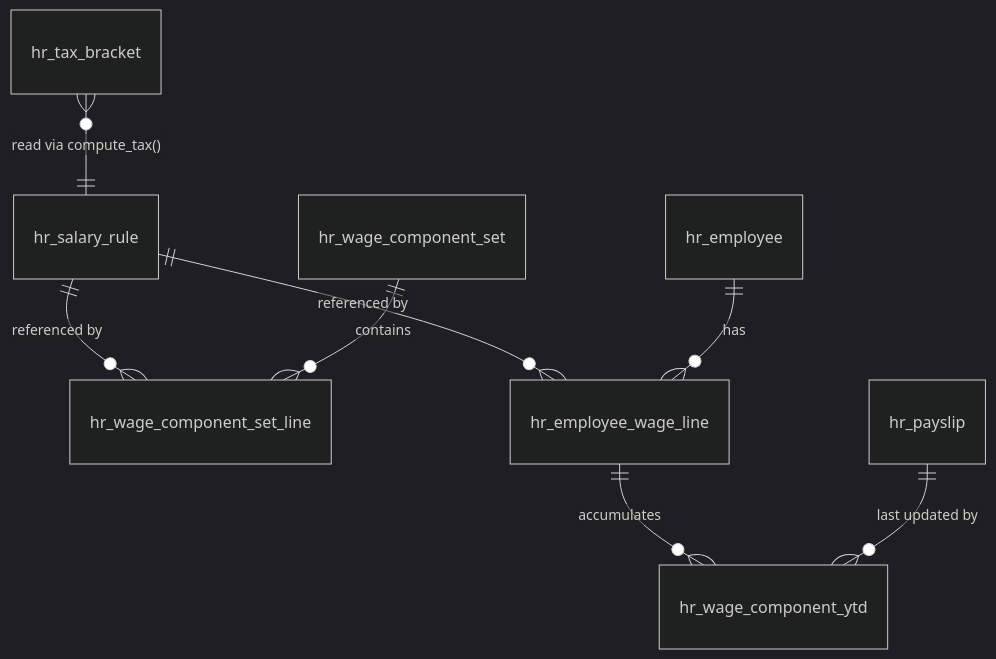
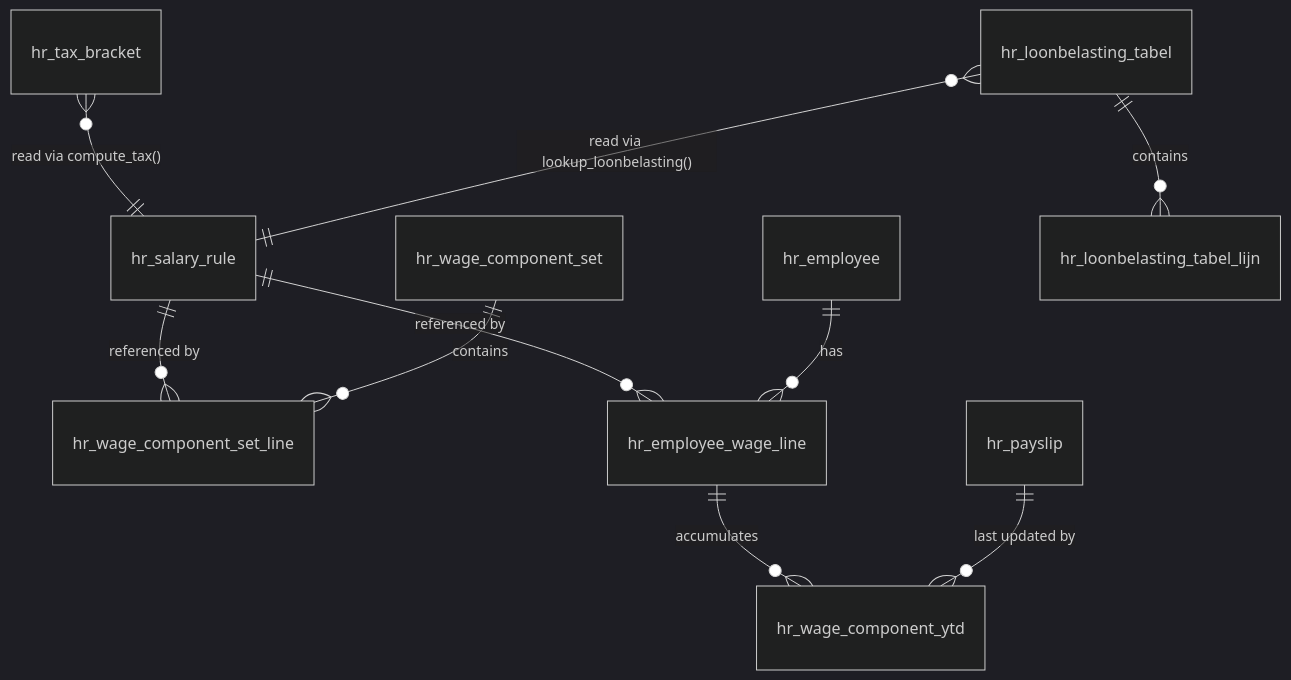
One commit to JohnRicardo1969/l10n_cw_hr_payrol changed the second of 3 diagrams in _bmad-output/planning-artifacts/architecture/architecture-l10n_cw_hr_payrol-2026-06-25/ARCHITECTURE-SPINE.md. Above: the diagram before and after it, drawn with Mermaid (dark theme). The commit also changed other lines of this file and 1 other file, not shown here.

First line of the commit message:
arch: add AD-20 loonbelasting table model and fix bijzondere beloningen bands

````diff
--- a/_bmad-output/planning-artifacts/architecture/architecture-l10n_cw_hr_payrol-2026-06-25/ARCHITECTURE-SPINE.md
+++ b/_bmad-output/planning-artifacts/architecture/architecture-l10n_cw_hr_payrol-2026-06-25/ARCHITECTURE-SPINE.md
@@ -293,10 +350,12 @@
 ```mermaid
 erDiagram
     hr_salary_rule ||--o{ hr_wage_component_set_line : "referenced by"
     hr_salary_rule ||--o{ hr_employee_wage_line : "referenced by"
     hr_wage_component_set ||--o{ hr_wage_component_set_line : contains
     hr_employee ||--o{ hr_employee_wage_line : has
     hr_employee_wage_line ||--o{ hr_wage_component_ytd : accumulates
     hr_payslip ||--o{ hr_wage_component_ytd : "last updated by"
     hr_tax_bracket }o--|| hr_salary_rule : "read via compute_tax()"
+    hr_loonbelasting_tabel ||--o{ hr_loonbelasting_tabel_lijn : contains
+    hr_loonbelasting_tabel }o--|| hr_salary_rule : "read via lookup_loonbelasting()"
 ```
````
